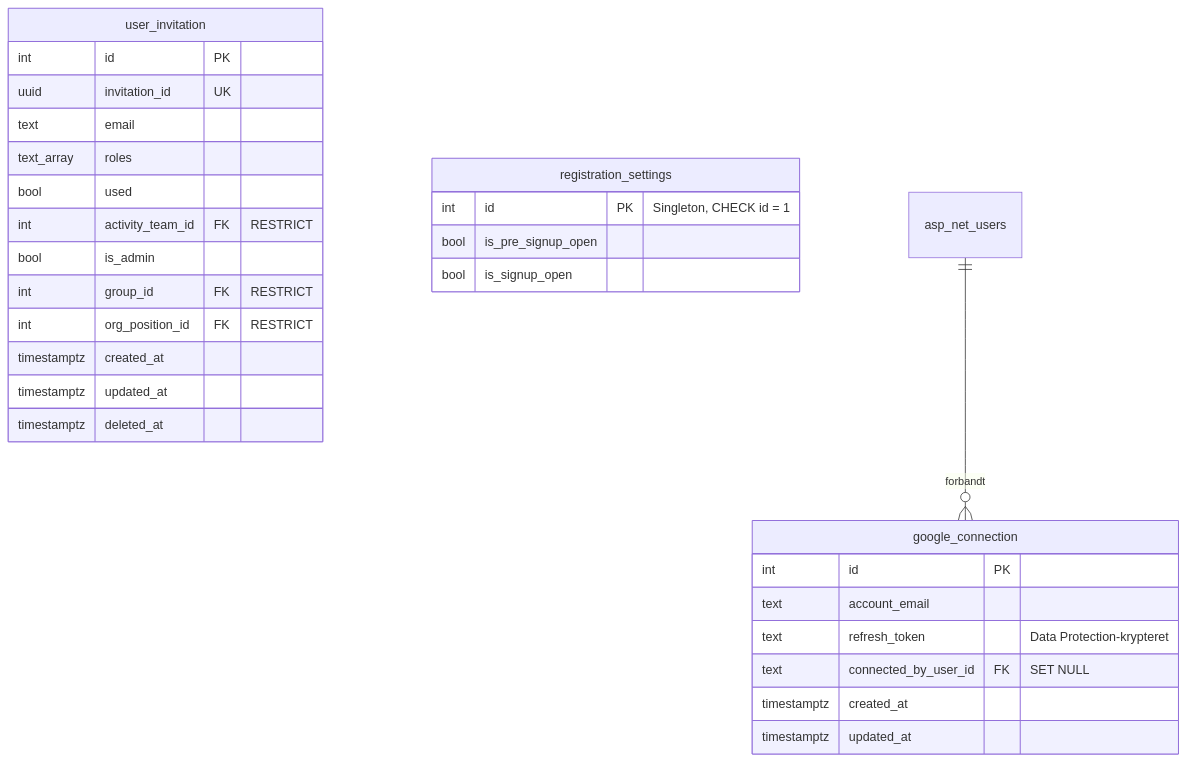
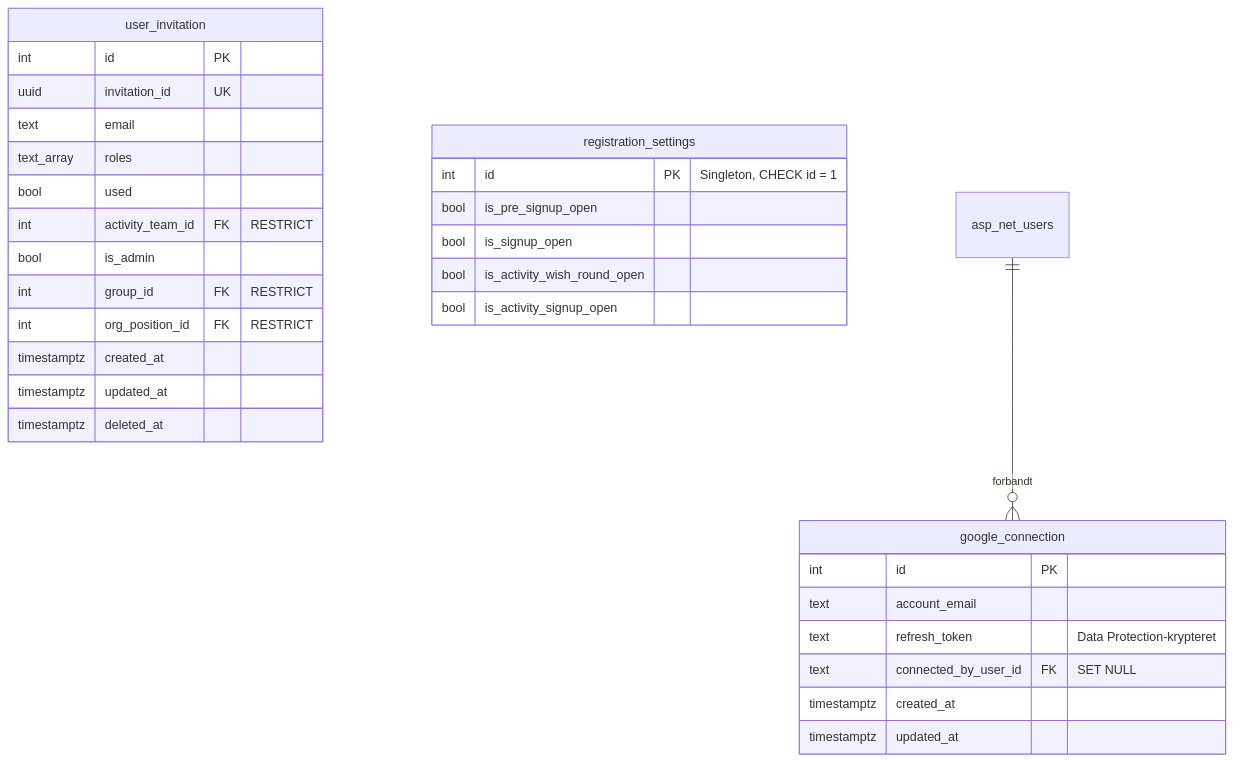
One commit to smallbenji/DS28-website changed the third of 7 diagrams in docs/database.md. Above: the diagram before and after it, drawn with Mermaid. The commit also changed other lines of this file and 9 other files, not shown here.

````diff
--- a/docs/database.md
+++ b/docs/database.md
@@ -375,34 +375,36 @@
 ```mermaid
 erDiagram
     user_invitation {
         int id PK
         uuid invitation_id UK
         text email
         text_array roles
         bool used
         int activity_team_id FK "RESTRICT"
         bool is_admin
         int group_id FK "RESTRICT"
         int org_position_id FK "RESTRICT"
         timestamptz created_at
         timestamptz updated_at
         timestamptz deleted_at
     }
 
     registration_settings {
         int id PK "Singleton, CHECK id = 1"
         bool is_pre_signup_open
         bool is_signup_open
+        bool is_activity_wish_round_open
+        bool is_activity_signup_open
     }
 
     google_connection {
         int id PK
         text account_email
         text refresh_token "Data Protection-krypteret"
         text connected_by_user_id FK "SET NULL"
         timestamptz created_at
         timestamptz updated_at
     }
 
     asp_net_users ||--o{ google_connection : "forbandt"
 ```
````
